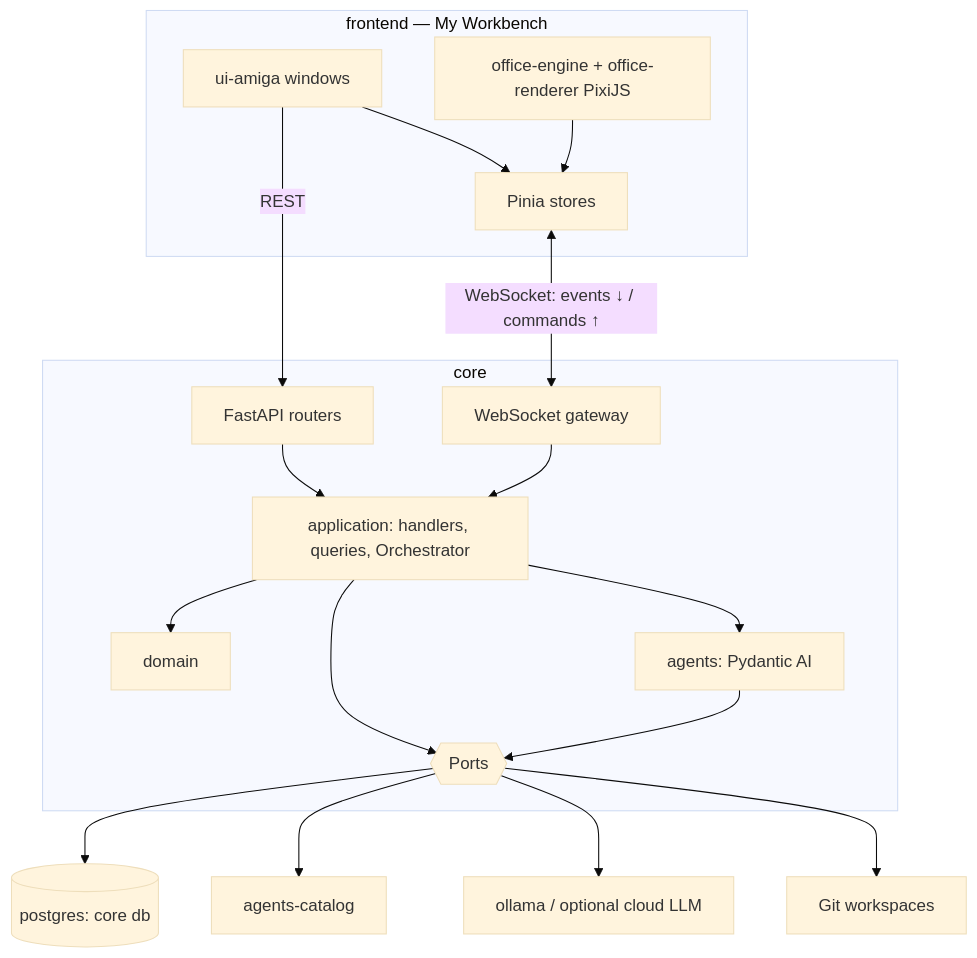
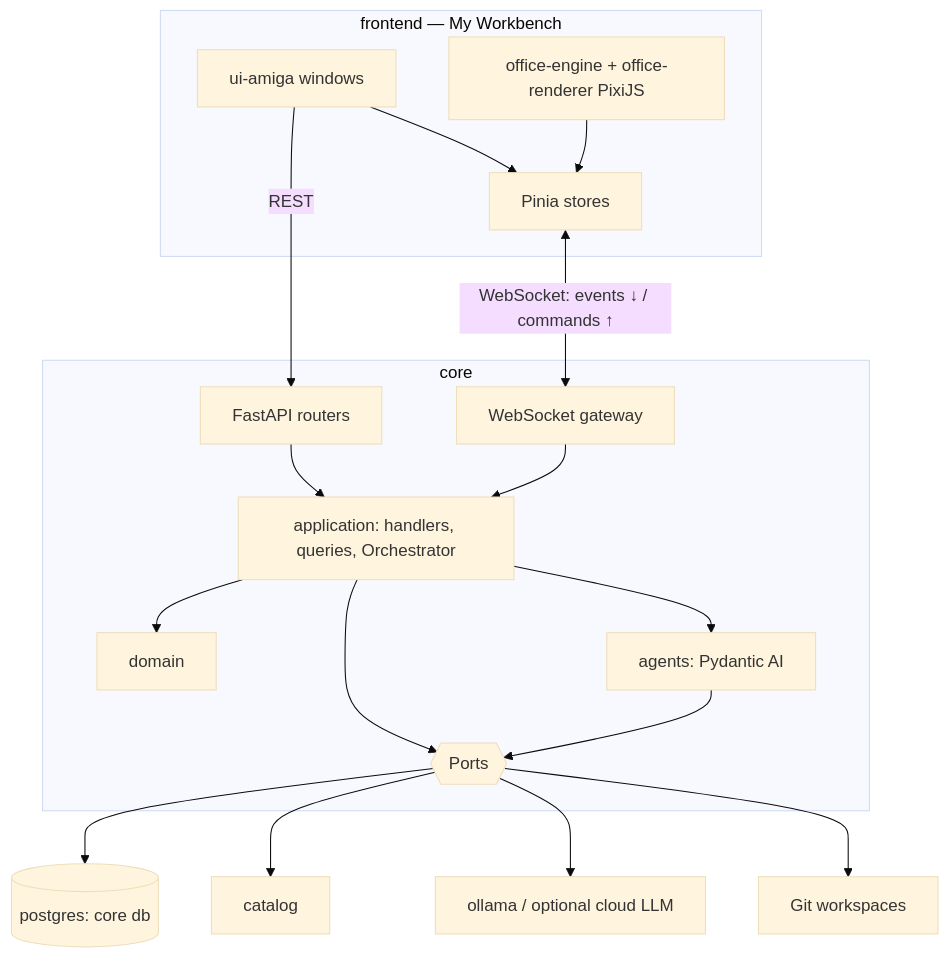
The fourth of 4 diagrams in .docs/CONSTITUTION.md (massimobiagioli/virtual-office), drawn with Mermaid (base theme) before and after one commit. The commit also changed other lines of this file and 3 other files, not shown here.

````diff
--- a/.docs/CONSTITUTION.md
+++ b/.docs/CONSTITUTION.md
@@ -1277,21 +1277,21 @@
 ```mermaid
 flowchart TB
   subgraph FE [frontend — My Workbench]
     UI[ui-amiga windows] --> Stores[Pinia stores]
     Office[office-engine + office-renderer PixiJS] --> Stores
   end
   Stores <-->|WebSocket: events ↓ / commands ↑| WS
   UI -->|REST| API
   subgraph CORE [core]
     API[FastAPI routers] --> App
     WS[WebSocket gateway] --> App
     App[application: handlers, queries, Orchestrator] --> Dom[domain]
     App --> Agents[agents: Pydantic AI]
     App --> Ports{{Ports}}
     Agents --> Ports
   end
   Ports --> PG[(postgres: core db)]
-  Ports --> CAT[agents-catalog]
+  Ports --> CAT[catalog]
   Ports --> OLL[ollama / optional cloud LLM]
   Ports --> GIT[Git workspaces]
 ```
````
